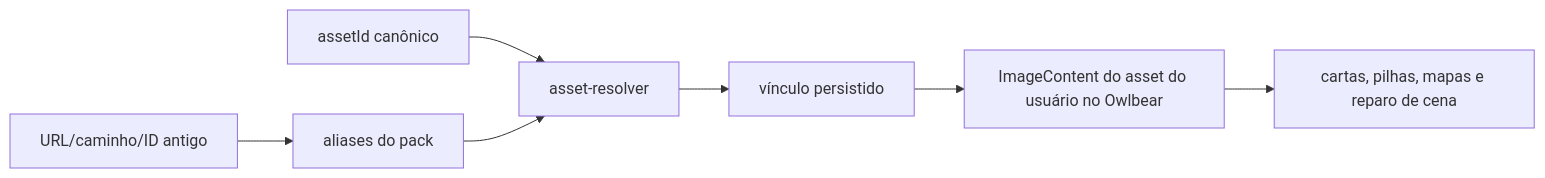
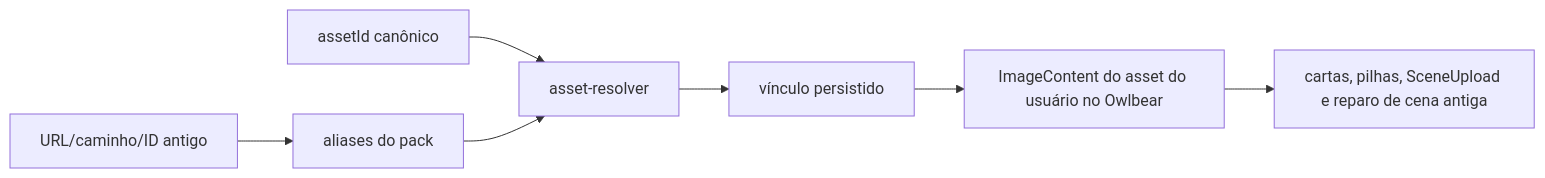
The eighth of 9 diagrams in docs/ARCHITECTURE.md (DemonRider0/Double-Sided-Cards), drawn with Mermaid before and after one commit. The commit also changed other lines of this file and 25 other files, not shown here.

````diff
--- a/docs/ARCHITECTURE.md
+++ b/docs/ARCHITECTURE.md
@@ -259,9 +255,9 @@
 ```mermaid
 flowchart LR
   old["URL/caminho/ID antigo"] --> aliases["aliases do pack"]
   logical["assetId canônico"] --> resolver["asset-resolver"]
   aliases --> resolver
   resolver --> binding["vínculo persistido"]
   binding --> owl["ImageContent do asset do usuário no Owlbear"]
-  owl --> consumers["cartas, pilhas, mapas e reparo de cena"]
+  owl --> consumers["cartas, pilhas, SceneUpload e reparo de cena antiga"]
 ```
````
